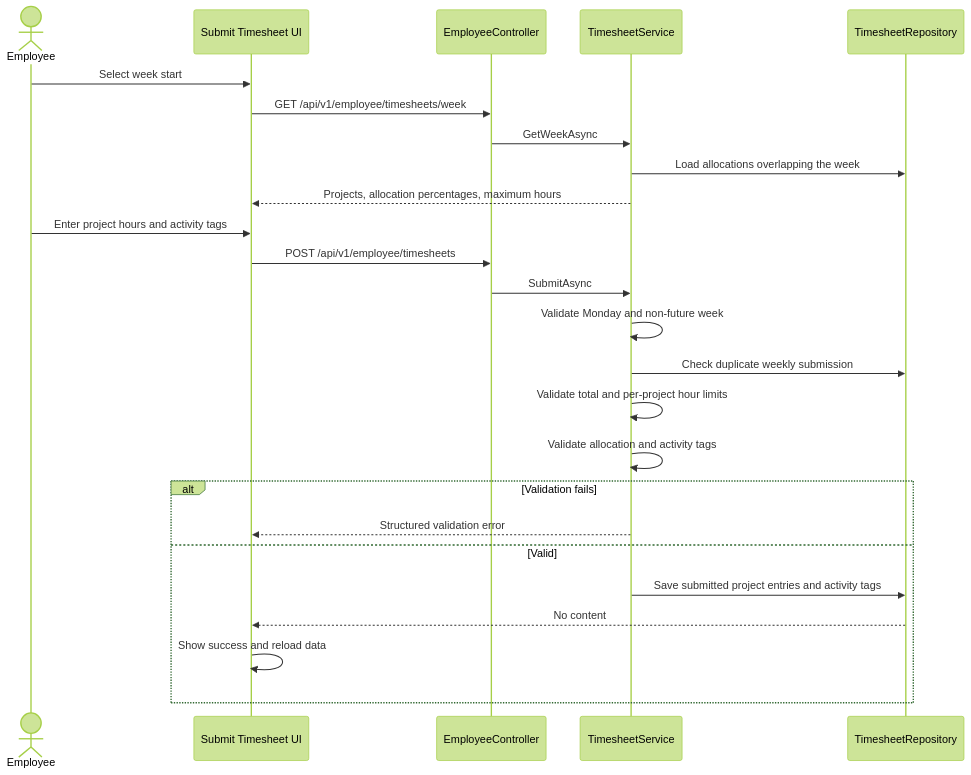
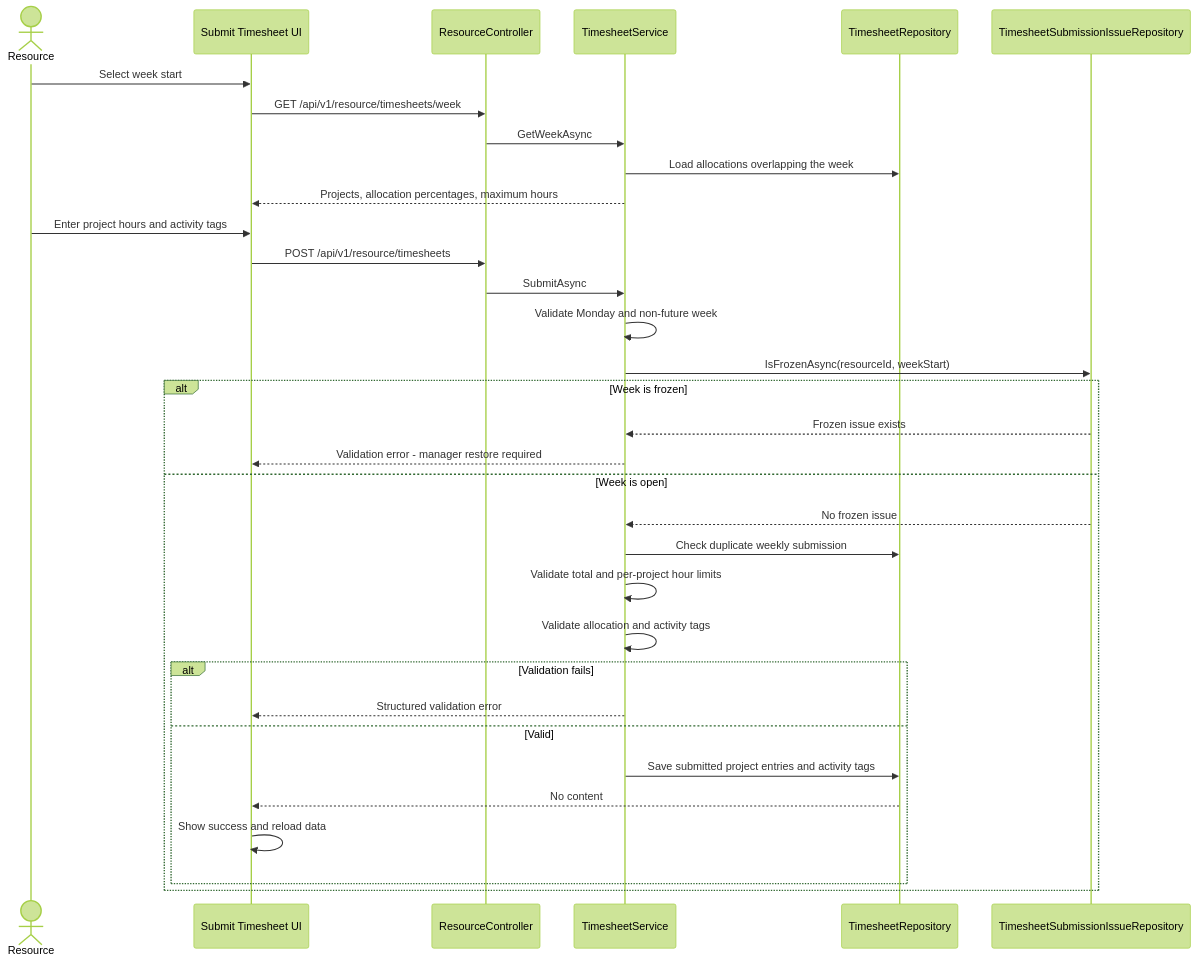
One commit to AayushGargITT/AayushGarg-LearnCode-2025-26 changed diagram 16 of 22 in ResourceMindAi/readme.md. Above: the diagram before and after it, drawn with Mermaid (forest theme). The commit also changed other lines of this file and 78 other files, not shown here.

First line of the commit message:
refactor: rename employee references to resource and refresh system documentation

````diff
--- a/ResourceMindAi/readme.md
+++ b/ResourceMindAi/readme.md
@@ -756,29 +961,37 @@
 ```mermaid
 sequenceDiagram
-    actor Employee
+    actor Resource
     participant UI as Submit Timesheet UI
-    participant API as EmployeeController
+    participant API as ResourceController
     participant Service as TimesheetService
     participant Repo as TimesheetRepository
+    participant IssueRepo as TimesheetSubmissionIssueRepository
 
-    Employee->>UI: Select week start
-    UI->>API: GET /api/v1/employee/timesheets/week
+    Resource->>UI: Select week start
+    UI->>API: GET /api/v1/resource/timesheets/week
     API->>Service: GetWeekAsync
     Service->>Repo: Load allocations overlapping the week
     Service-->>UI: Projects, allocation percentages, maximum hours
-    Employee->>UI: Enter project hours and activity tags
-    UI->>API: POST /api/v1/employee/timesheets
+    Resource->>UI: Enter project hours and activity tags
+    UI->>API: POST /api/v1/resource/timesheets
     API->>Service: SubmitAsync
     Service->>Service: Validate Monday and non-future week
+    Service->>IssueRepo: IsFrozenAsync(resourceId, weekStart)
+    alt Week is frozen
+        IssueRepo-->>Service: Frozen issue exists
+        Service-->>UI: Validation error - manager restore required
+    else Week is open
+        IssueRepo-->>Service: No frozen issue
     Service->>Repo: Check duplicate weekly submission
     Service->>Service: Validate total and per-project hour limits
     Service->>Service: Validate allocation and activity tags
 
-    alt Validation fails
-        Service-->>UI: Structured validation error
-    else Valid
-        Service->>Repo: Save submitted project entries and activity tags
-        Repo-->>UI: No content
-        UI->>UI: Show success and reload data
+        alt Validation fails
+            Service-->>UI: Structured validation error
+        else Valid
+            Service->>Repo: Save submitted project entries and activity tags
+            Repo-->>UI: No content
+            UI->>UI: Show success and reload data
+        end
     end
 ```
````
